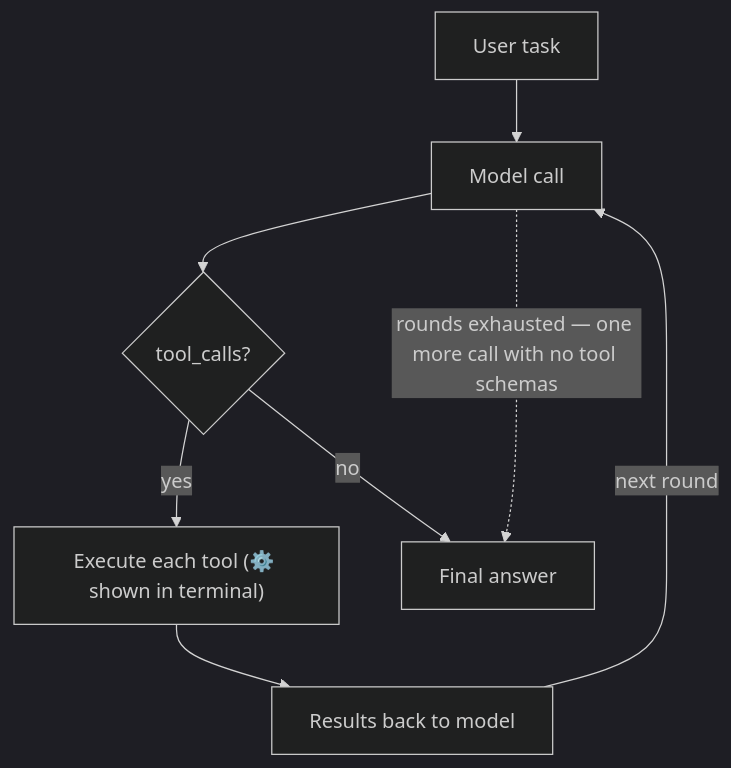
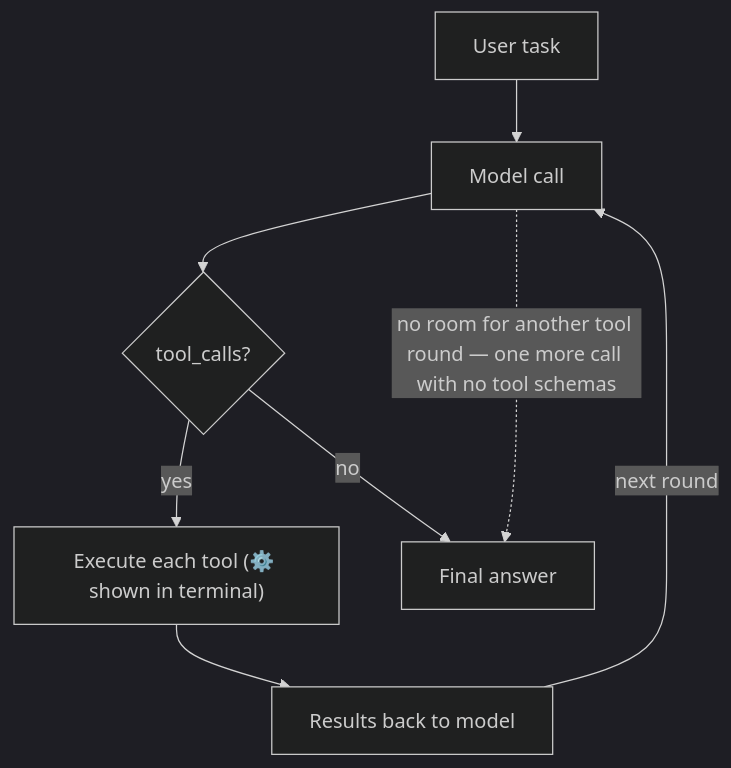
Before and after one commit to goluckyryan/letsClaw: the second of 3 diagrams in README.md, drawn with Mermaid (dark theme). The commit also changed other lines of this file and 15 other files, not shown here.

First line of the commit message:
show the digest, name the tool call, restart numbering on /new

````diff
--- a/README.md
+++ b/README.md
@@ -439,10 +439,10 @@
 ```mermaid
 graph TD
     U[User task] --> M[Model call]
     M --> Q{tool_calls?}
     Q -->|yes| E["Execute each tool (⚙️ shown in terminal)"]
     E --> R[Results back to model]
     R -->|next round| M
     Q -->|no| A[Final answer]
-    M -.->|rounds exhausted — one more call with no tool schemas| A
+    M -.->|no room for another tool round — one more call with no tool schemas| A
 ```
````
